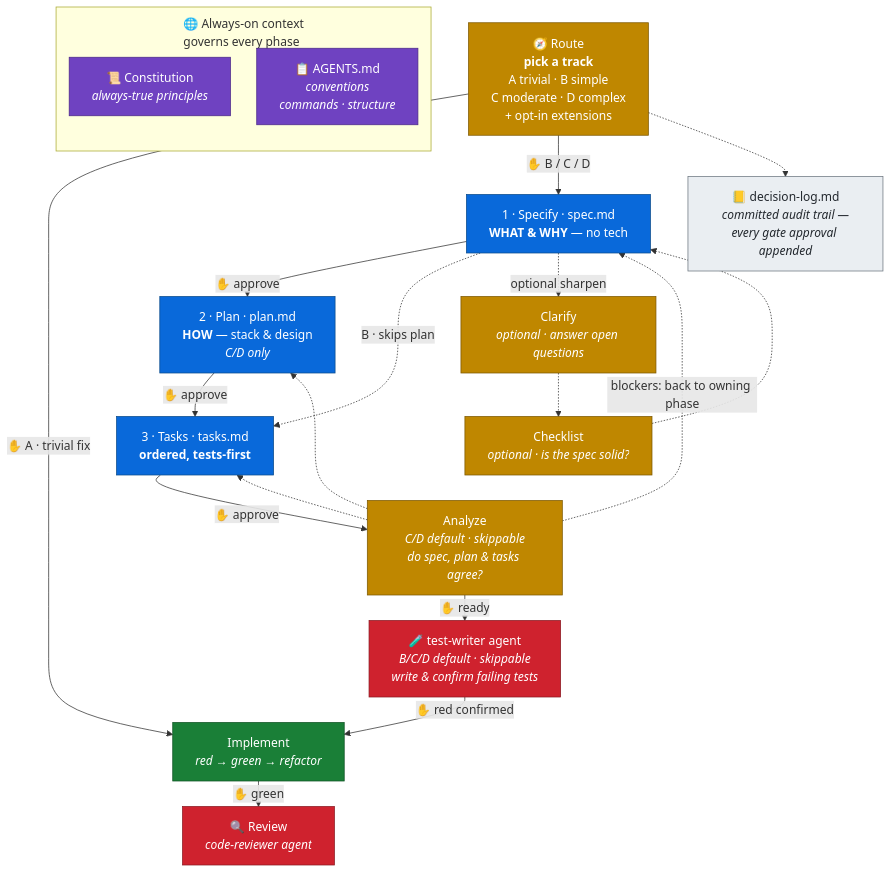
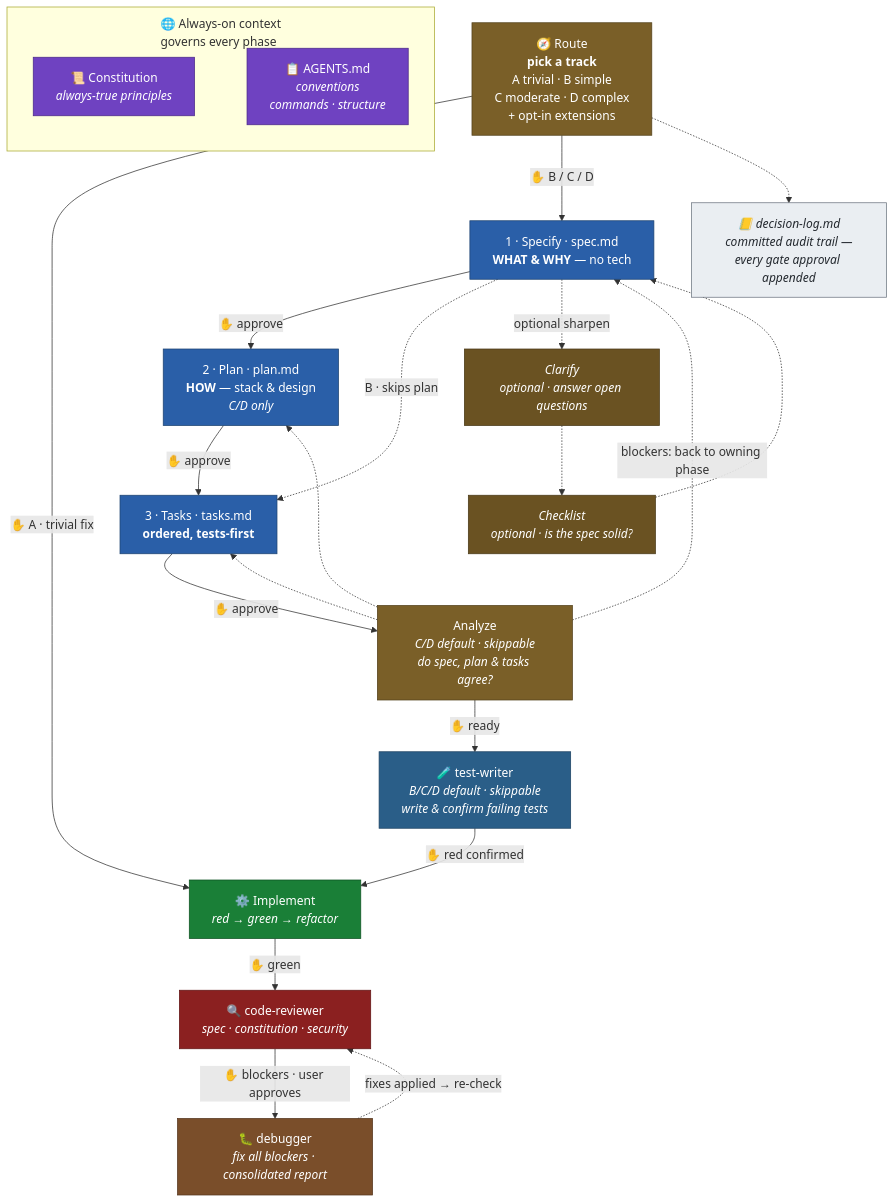
The first of 2 diagrams in README.md (saptarshibasu/spec-driven-development), drawn with Mermaid before and after one commit. The commit also changed other lines of this file and 10 other files, not shown here.

Commit message:
debugger agent is linked with the reviewer

````diff
--- a/README.md
+++ b/README.md
@@ -24,40 +24,46 @@
 ```mermaid
-%%{init: {'flowchart': {'nodeSpacing': 50, 'rankSpacing': 10, 'subGraphTitleMargin': {'top': 10, 'bottom': 10}}}}%%
+%%{init: {'flowchart': {'nodeSpacing': 50, 'rankSpacing': 45, 'subGraphTitleMargin': {'top': 10, 'bottom': 10}}, 'themeVariables': {'fontSize': '16px'}}}%%
 flowchart TD
     subgraph CTX["🌐 Always-on context<br/>governs every phase"]
         direction LR
         K["📜 Constitution<br/><i>always-true principles</i>"]:::gov
         AGT["📋 AGENTS.md<br/><i>conventions<br/>commands · structure</i>"]:::gov
         K ~~~ AGT
     end
     RT["🧭 Route<br/><b>pick a track</b><br/>A trivial · B simple<br/>C moderate · D complex<br/>+ opt-in extensions"]:::gate
     S["1 · Specify · spec.md<br/><b>WHAT & WHY</b> — no tech"]:::phase
-    CL["Clarify<br/><i>optional · answer open questions</i>"]:::gate
-    CK["Checklist<br/><i>optional · is the spec solid?</i>"]:::gate
+    CL["Clarify<br/><i>optional · answer open questions</i>"]:::opt
+    CK["Checklist<br/><i>optional · is the spec solid?</i>"]:::opt
     P["2 · Plan · plan.md<br/><b>HOW</b> — stack & design<br/><i>C/D only</i>"]:::phase
     T["3 · Tasks · tasks.md<br/><b>ordered, tests-first</b>"]:::phase
     AN["Analyze<br/><i>C/D default · skippable<br/>do spec, plan & tasks agree?</i>"]:::gate
-    TW["🧪 test-writer agent<br/><i>B/C/D default · skippable<br/>write & confirm failing tests</i>"]:::sensor
-    I["Implement<br/><i>red → green → refactor</i>"]:::impl
-    R["🔍 Review<br/><i>code-reviewer agent</i>"]:::sensor
+    TW["🧪 test-writer<br/><i>B/C/D default · skippable<br/>write & confirm failing tests</i>"]:::twriter
+    I["⚙️ Implement<br/><i>red → green → refactor</i>"]:::impl
+    R["🔍 code-reviewer<br/><i>spec · constitution · security</i>"]:::reviewer
+    DB["🐛 debugger<br/><i>fix all blockers · consolidated report</i>"]:::debug
     DL["📒 decision-log.md<br/><i>committed audit trail —<br/>every gate approval appended</i>"]:::audit
 
     RT -->|✋ A · trivial fix| I
     RT -->|✋ B / C / D| S
     S -->|✋ approve| P -->|✋ approve| T -->|✋ approve| AN -->|✋ ready| TW -->|✋ red confirmed| I -->|✋ green| R
+    R -->|"✋ blockers · user approves"| DB
+    DB -. "fixes applied → re-check" .-> R
     S -. B · skips plan .-> T
     S -. optional sharpen .-> CL
     CL -.-> CK
     CK -.-> S
     AN -. "blockers: back to owning phase" .-> S
     AN -.-> P
     AN -.-> T
     RT -.-> DL
 
     classDef gov fill:#6f42c1,color:#fff,stroke:#4c2889
-    classDef phase fill:#0969da,color:#fff,stroke:#0a4b8c
-    classDef gate fill:#bf8700,color:#fff,stroke:#7d5800
+    classDef phase fill:#2a5fa8,color:#fff,stroke:#1e4472
+    classDef gate fill:#7a5f28,color:#fff,stroke:#54421c
+    classDef opt fill:#6a5222,color:#fff,stroke:#4a3a18,font-style:italic
     classDef impl fill:#1a7f37,color:#fff,stroke:#0f5323
-    classDef sensor fill:#cf222e,color:#fff,stroke:#8b1a22
-    classDef audit fill:#eaeef2,color:#24292f,stroke:#6e7781
+    classDef twriter fill:#2a5e88,color:#fff,stroke:#1e4464
+    classDef reviewer fill:#8b2020,color:#fff,stroke:#621616
+    classDef debug fill:#7a4e2a,color:#fff,stroke:#56361e
+    classDef audit fill:#eaeef2,color:#24292f,stroke:#6e7781,font-style:italic
 ```
````
